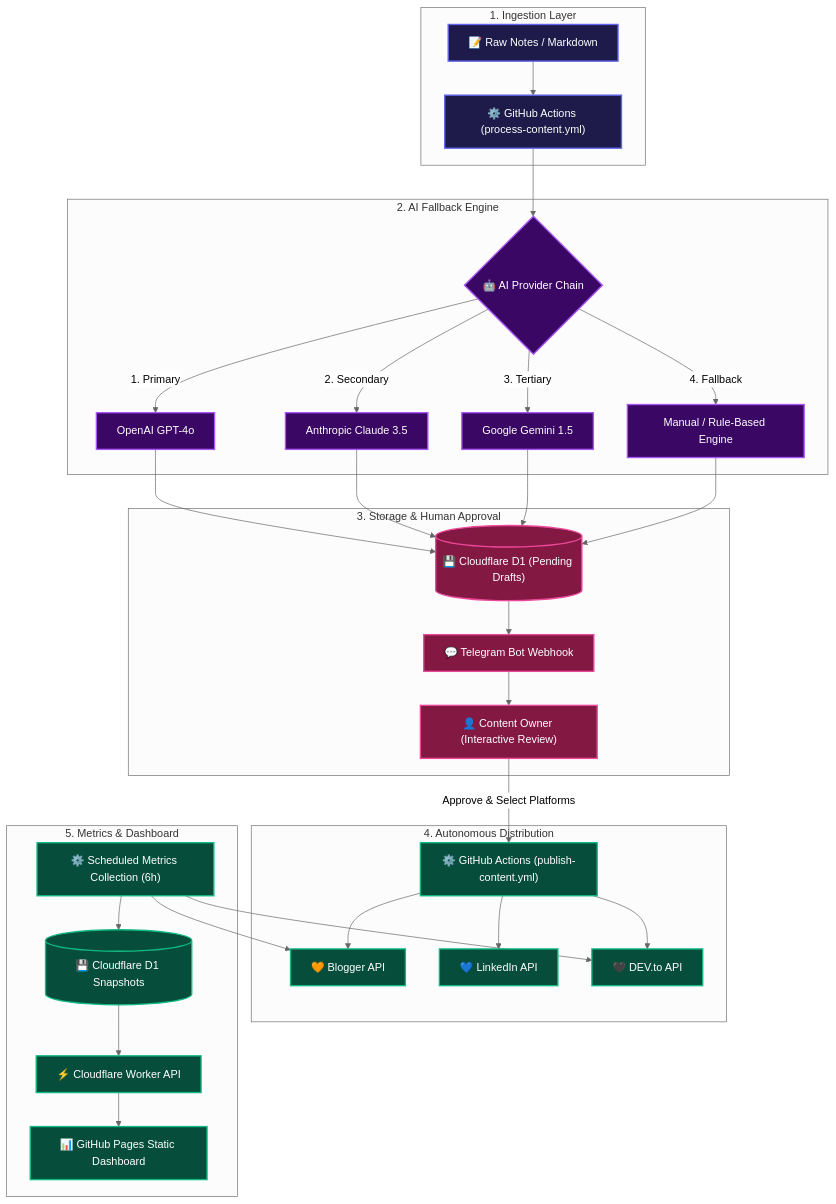
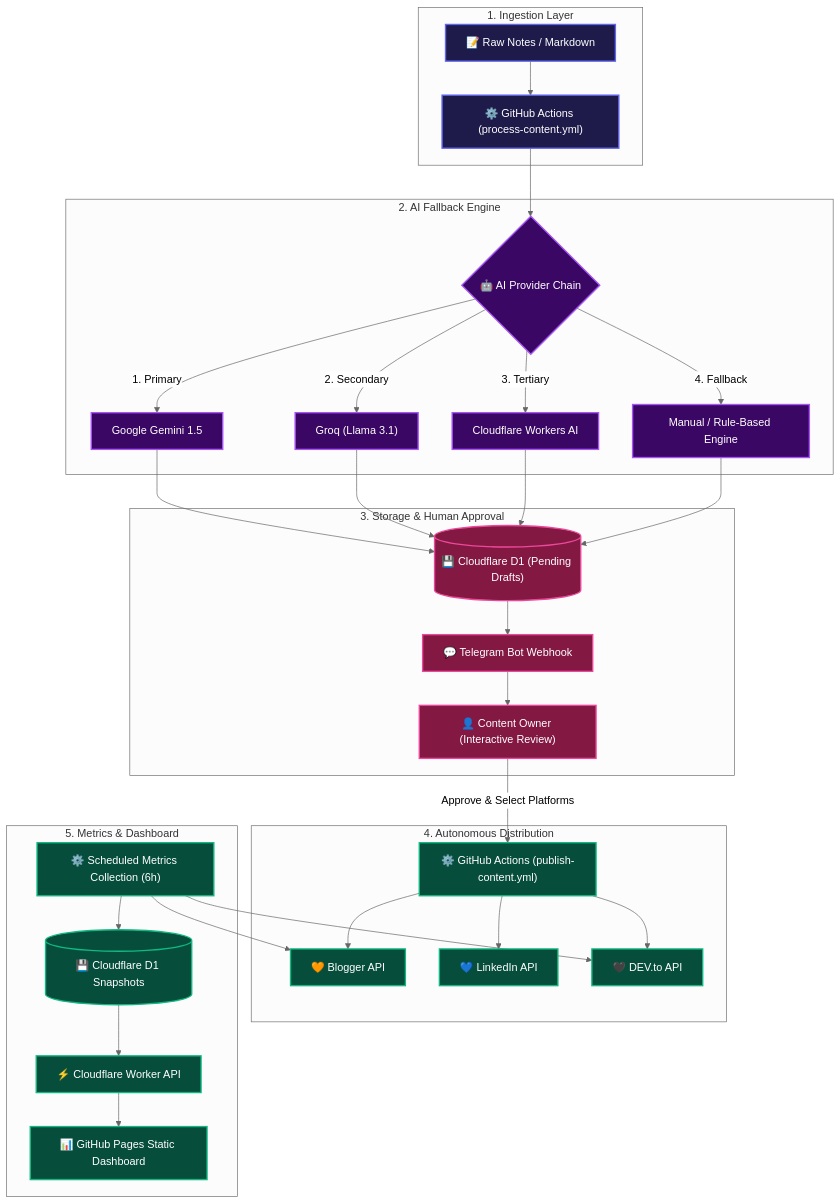
Before and after one commit to Ritik574-coder/contentflow-ai: the first of 4 diagrams in README.md, drawn with Mermaid (neutral theme). The commit also changed other lines of this file and 10 other files, not shown here.

````diff
--- a/README.md
+++ b/README.md
@@ -15,44 +15,44 @@
 ```mermaid
 flowchart TD
     subgraph Ingestion ["1. Ingestion Layer"]
         RAW["📝 Raw Notes / Markdown"] --> GHA_PROC["⚙️ GitHub Actions (process-content.yml)"]
     end
 
     subgraph AI_Engine ["2. AI Fallback Engine"]
         GHA_PROC --> AI_CHAIN{"🤖 AI Provider Chain"}
-        AI_CHAIN -- 1. Primary --> GPT4["OpenAI GPT-4o"]
-        AI_CHAIN -- 2. Secondary --> CLAUDE["Anthropic Claude 3.5"]
-        AI_CHAIN -- 3. Tertiary --> GEMINI["Google Gemini 1.5"]
+        AI_CHAIN -- 1. Primary --> GEMINI["Google Gemini 1.5"]
+        AI_CHAIN -- 2. Secondary --> GROQ["Groq (Llama 3.1)"]
+        AI_CHAIN -- 3. Tertiary --> WORKERS_AI["Cloudflare Workers AI"]
         AI_CHAIN -- 4. Fallback --> MANUAL["Manual / Rule-Based Engine"]
     end
 
     subgraph Storage_Approval ["3. Storage & Human Approval"]
-        GPT4 & CLAUDE & GEMINI & MANUAL --> D1_DRAFT[("💾 Cloudflare D1 (Pending Drafts)")]
+        GEMINI & GROQ & WORKERS_AI & MANUAL --> D1_DRAFT[("💾 Cloudflare D1 (Pending Drafts)")]
         D1_DRAFT --> TG_BOT["💬 Telegram Bot Webhook"]
         TG_BOT --> HUMAN["👤 Content Owner (Interactive Review)"]
     end
 
     subgraph Publishing ["4. Autonomous Distribution"]
         HUMAN -- "Approve & Select Platforms" --> GHA_PUB["⚙️ GitHub Actions (publish-content.yml)"]
         GHA_PUB --> BLOGGER["🧡 Blogger API"]
         GHA_PUB --> LINKEDIN["💙 LinkedIn API"]
         GHA_PUB --> DEVTO["🖤 DEV.to API"]
     end
 
     subgraph Analytics ["5. Metrics & Dashboard"]
         GHA_METRICS["⚙️ Scheduled Metrics Collection (6h)"] --> BLOGGER & DEVTO
         GHA_METRICS --> D1_METRICS[("💾 Cloudflare D1 Snapshots")]
         D1_METRICS --> WORKER_API["⚡ Cloudflare Worker API"]
         WORKER_API --> DASHBOARD["📊 GitHub Pages Static Dashboard"]
     end
 
     classDef primary fill:#1e1b4b,stroke:#6366f1,stroke-width:2px,color:#fff;
     classDef ai fill:#3b0764,stroke:#a855f7,stroke-width:2px,color:#fff;
     classDef approval fill:#831843,stroke:#ec4899,stroke-width:2px,color:#fff;
     classDef publish fill:#064e3b,stroke:#10b981,stroke-width:2px,color:#fff;
 
     class RAW,GHA_PROC primary;
-    class AI_CHAIN,GPT4,CLAUDE,GEMINI,MANUAL ai;
+    class AI_CHAIN,GEMINI,GROQ,WORKERS_AI,MANUAL ai;
     class D1_DRAFT,TG_BOT,HUMAN approval;
     class GHA_PUB,BLOGGER,LINKEDIN,DEVTO,GHA_METRICS,D1_METRICS,WORKER_API,DASHBOARD publish;
 ```
````
